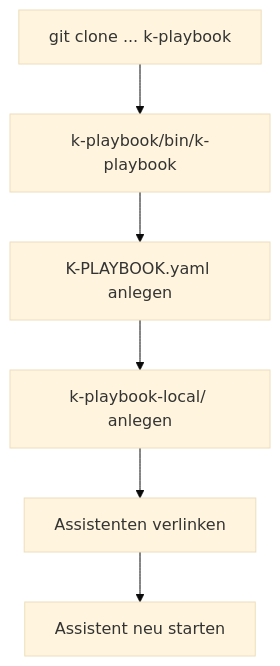
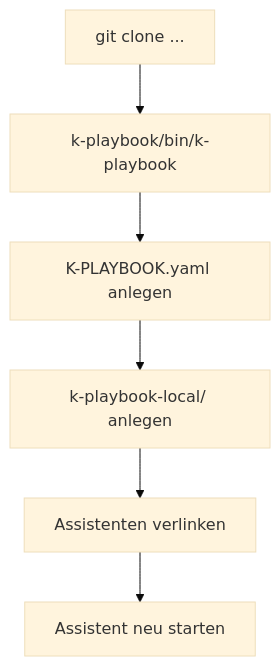
The second of 3 diagrams in docs/handbuch.md (kascada/k-playbook), drawn with Mermaid (base theme) before and after one commit. The commit also changed other lines of this file and 11 other files, not shown here.

````diff
--- a/docs/handbuch.md
+++ b/docs/handbuch.md
@@ -124,8 +129,8 @@
 ```mermaid
 flowchart TD
-    A["git clone ... k-playbook"] --> B["k-playbook/bin/k-playbook"]
+    A["git clone ..."] --> B["k-playbook/bin/k-playbook"]
     B --> C["K-PLAYBOOK.yaml anlegen"]
     C --> D["k-playbook-local/ anlegen"]
     D --> E["Assistenten verlinken"]
     E --> F["Assistent neu starten"]
 ```
````
